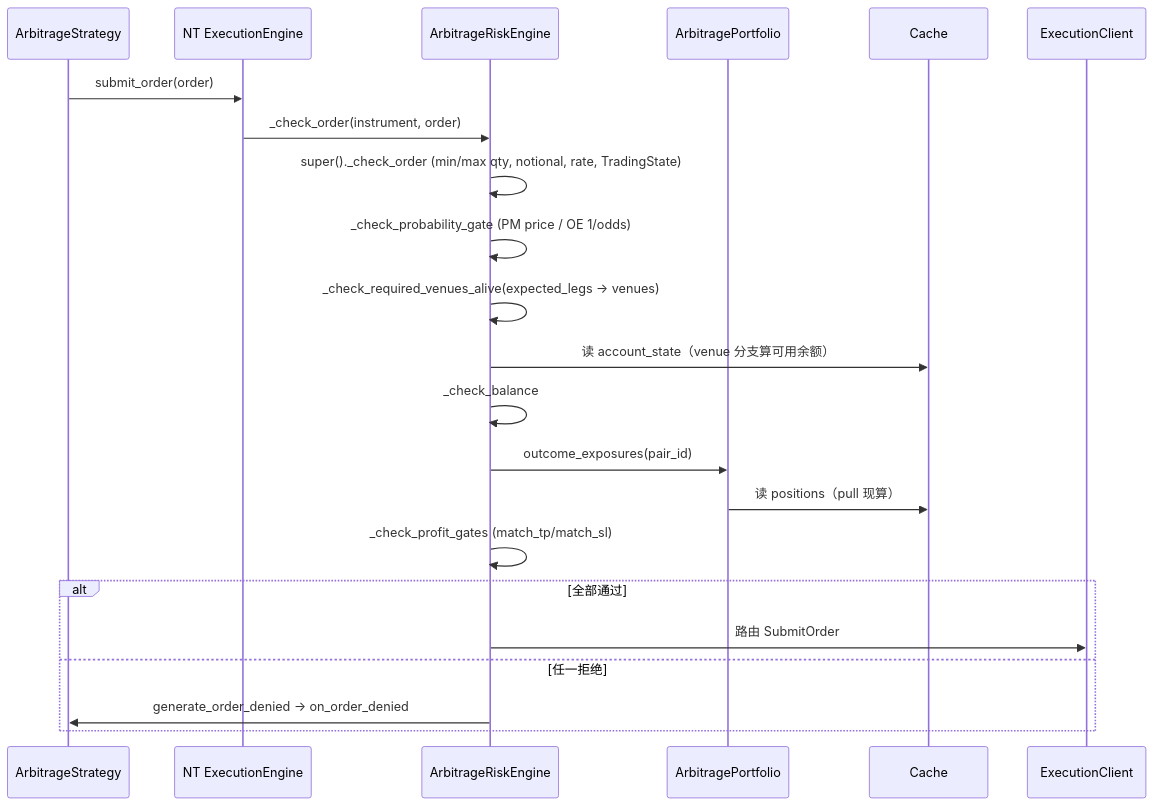
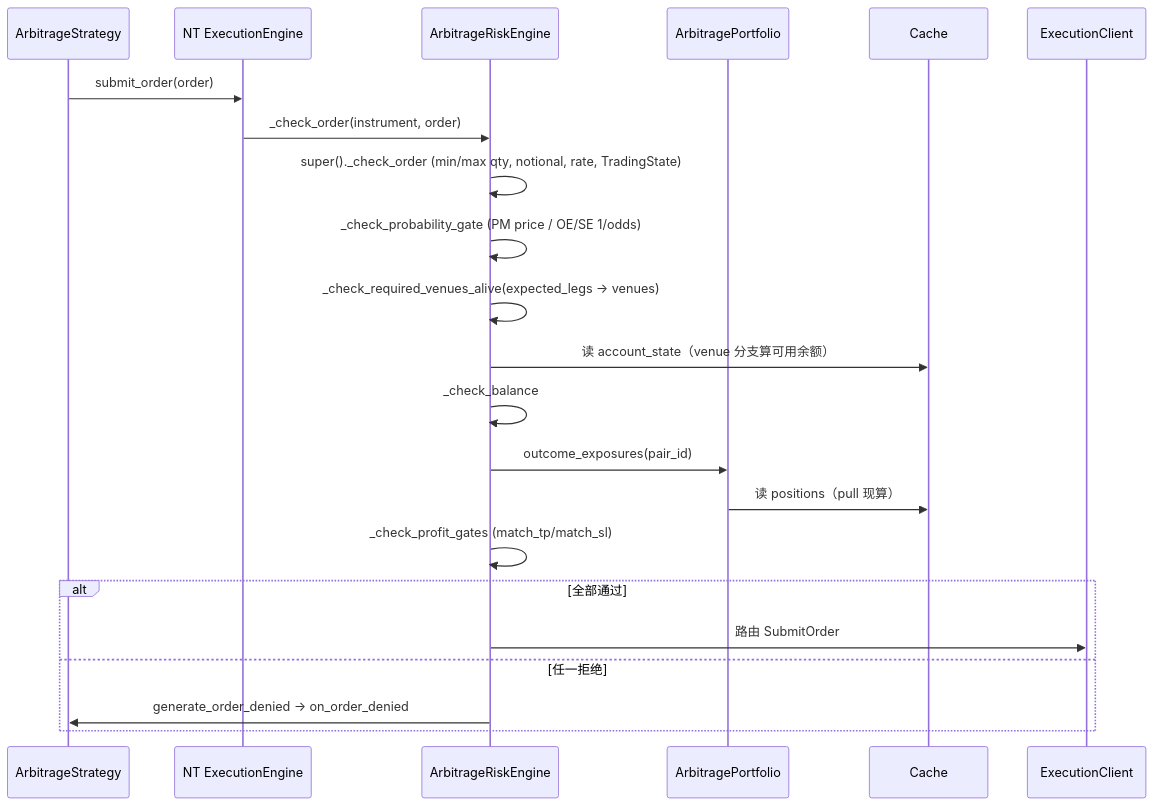
One commit to psnewer/nautilus_trader changed the third of 3 diagrams in docs/arbitrage/architectures/risk/architecture.md. Above: the diagram before and after it, drawn with Mermaid. The commit also changed other lines of this file and 75 other files, not shown here.

````diff
--- a/docs/arbitrage/architectures/risk/architecture.md
+++ b/docs/arbitrage/architectures/risk/architecture.md
@@ -307,25 +307,25 @@
 ```mermaid
 sequenceDiagram
   participant ST as ArbitrageStrategy
   participant EE as NT ExecutionEngine
   participant RE as ArbitrageRiskEngine
   participant AP as ArbitragePortfolio
   participant C as Cache
   participant EC as ExecutionClient
 
   ST->>EE: submit_order(order)
   EE->>RE: _check_order(instrument, order)
   RE->>RE: super()._check_order  (min/max qty, notional, rate, TradingState)
-  RE->>RE: _check_probability_gate (PM price / OE 1/odds)
+  RE->>RE: _check_probability_gate (PM price / OE/SE 1/odds)
   RE->>RE: _check_required_venues_alive(expected_legs → venues)
   RE->>C: 读 account_state（venue 分支算可用余额）
   RE->>RE: _check_balance
   RE->>AP: outcome_exposures(pair_id)
   AP->>C: 读 positions（pull 现算）
   RE->>RE: _check_profit_gates (match_tp/match_sl)
   alt 全部通过
     RE->>EC: 路由 SubmitOrder
   else 任一拒绝
     RE->>ST: generate_order_denied → on_order_denied
   end
 ```
````
